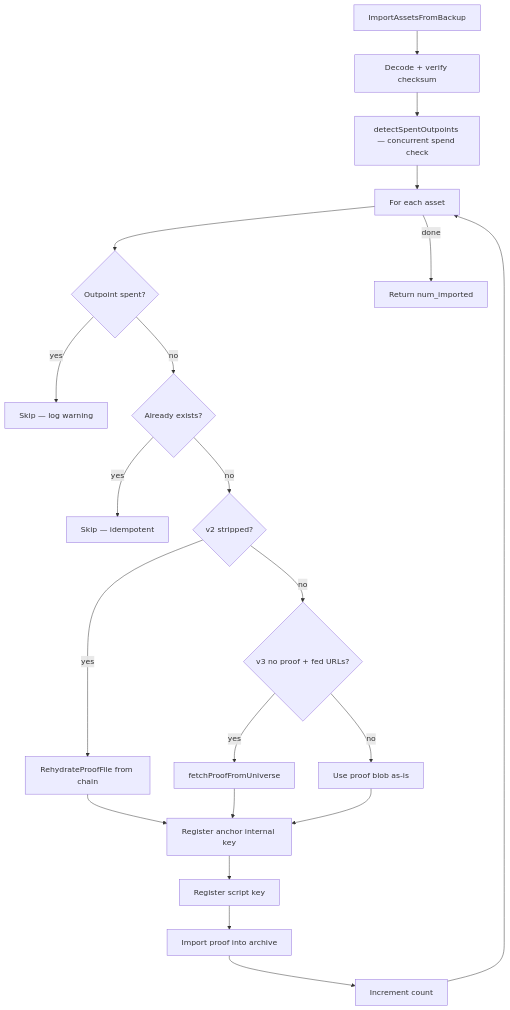
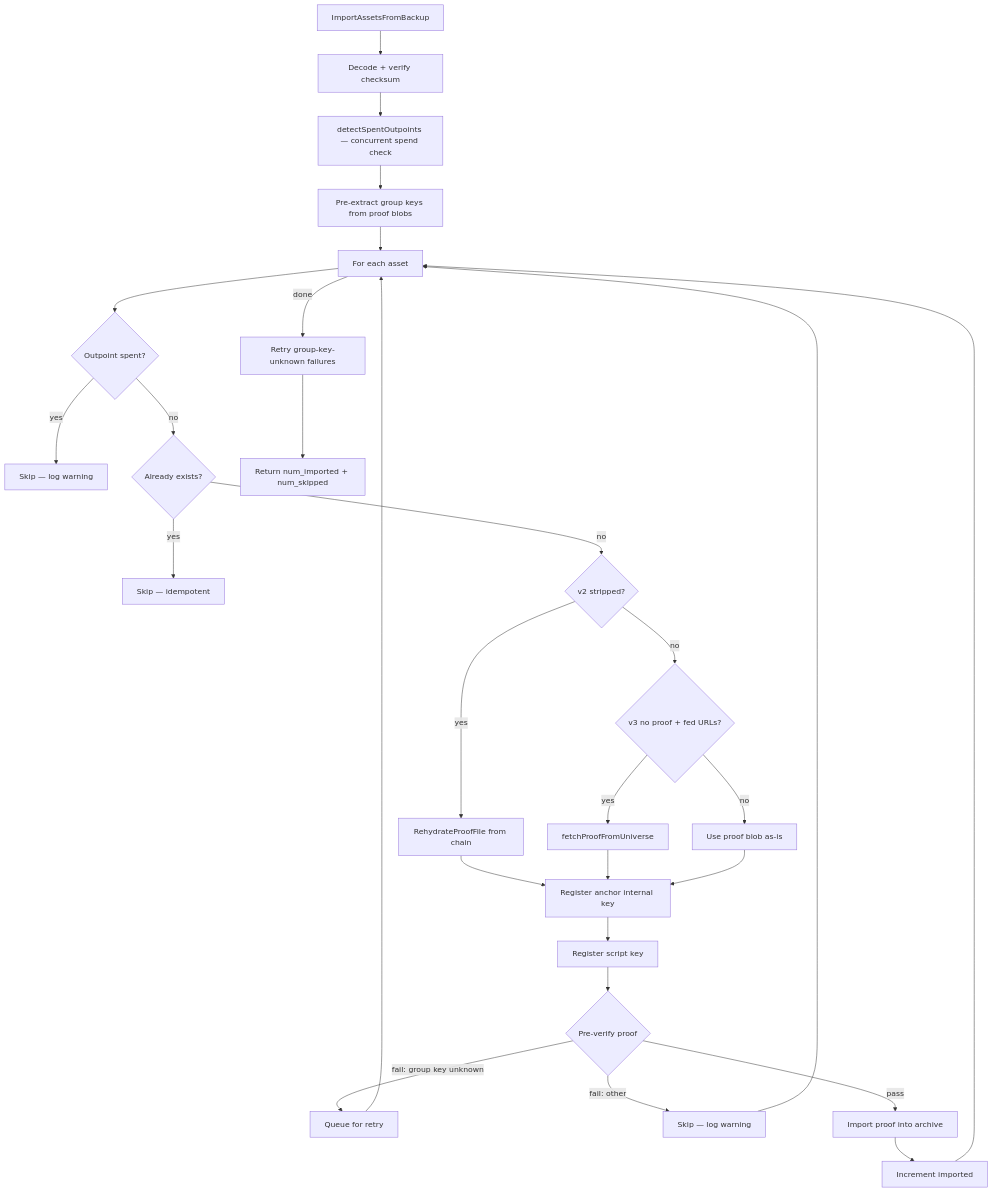
Before and after one commit to lightninglabs/docs.lightning.engineering: the fourth of 4 diagrams in docs/taproot-assets/backup.md, drawn with Mermaid. The commit also changed other lines of this file, not shown here.

````diff
--- a/docs/taproot-assets/backup.md
+++ b/docs/taproot-assets/backup.md
@@ -360,23 +388,30 @@
 ```mermaid
 flowchart TD
     A[ImportAssetsFromBackup] --> B[Decode + verify checksum]
     B --> C[detectSpentOutpoints — concurrent spend check]
-    C --> D[For each asset]
+    C --> X[Pre-extract group keys from proof blobs]
+    X --> D[For each asset]
     D --> E{Outpoint spent?}
     E -->|yes| F[Skip — log warning]
     E -->|no| G{Already exists?}
     G -->|yes| H[Skip — idempotent]
     G -->|no| I{v2 stripped?}
     I -->|yes| J[RehydrateProofFile from chain]
     I -->|no| I2{v3 no proof + fed URLs?}
     I2 -->|yes| J2[fetchProofFromUniverse]
     I2 -->|no| K[Use proof blob as-is]
     J --> L[Register anchor internal key]
     J2 --> L
     K --> L
     L --> M[Register script key]
-    M --> N[Import proof into archive]
-    N --> O[Increment count]
+    M --> PV{Pre-verify proof}
+    PV -->|fail: group key unknown| RQ[Queue for retry]
+    PV -->|fail: other| S[Skip — log warning]
+    PV -->|pass| N[Import proof into archive]
+    RQ --> D
+    S --> D
+    N --> O[Increment imported]
     O --> D
-    D -->|done| P[Return num_imported]
+    D -->|done| R[Retry group-key-unknown failures]
+    R --> P[Return num_imported + num_skipped]
 ```
````
